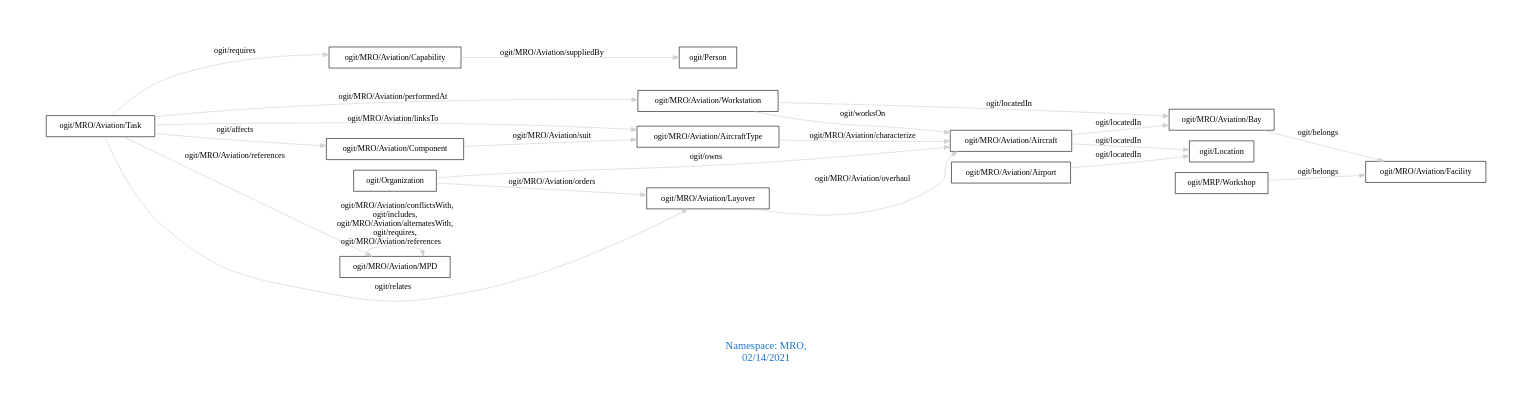
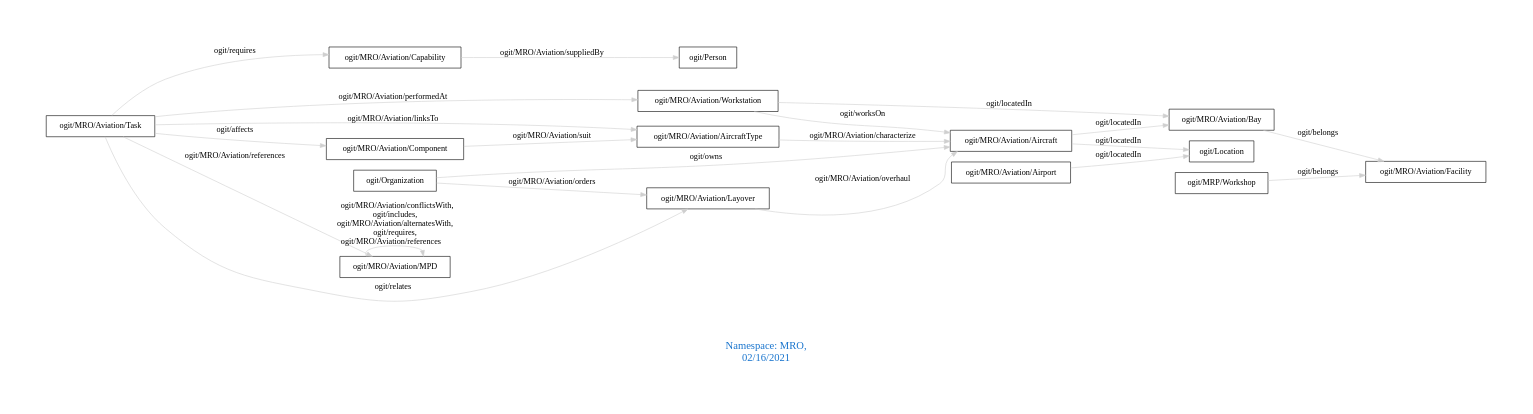
The diagram in downloads/MRO.dot (arago/OGIT), drawn with Graphviz before and after one commit. The commit also changed 1855 other files, not shown here.

```diff
--- a/downloads/MRO.dot
+++ b/downloads/MRO.dot
@@ -1,28 +1,28 @@
 digraph OGIT_ontology {
  graph [ rankdir= LR,pad=1 
 fontsize = 18,
-fontcolor= dodgerblue3,label = "\n\n\nNamespace: MRO, \n 02/14/2021"];
+fontcolor= dodgerblue3,label = "\n\n\nNamespace: MRO, \n 02/16/2021"];
 node[shape=polygon];
 edge [  color="gray81"];
 
    "ogit/MRO/Aviation/Capability" -> "ogit/Person" [label="   ogit/MRO/Aviation/suppliedBy    "];
    "ogit/MRO/Aviation/Workstation" -> "ogit/MRO/Aviation/Aircraft" [label="   ogit/worksOn    "];
    "ogit/MRO/Aviation/Task" -> "ogit/MRO/Aviation/AircraftType" [label="   ogit/MRO/Aviation/linksTo    "];
    "ogit/MRO/Aviation/Layover" -> "ogit/MRO/Aviation/Aircraft" [label="   ogit/MRO/Aviation/overhaul    "];
    "ogit/MRO/Aviation/Aircraft" -> "ogit/Location" [label="   ogit/locatedIn    "];
    "ogit/MRO/Aviation/Aircraft" -> "ogit/MRO/Aviation/Bay" [label="   ogit/locatedIn    "];
    "ogit/MRO/Aviation/Airport" -> "ogit/Location" [label="   ogit/locatedIn    "];
    "ogit/MRO/Aviation/Workstation" -> "ogit/MRO/Aviation/Bay" [label="   ogit/locatedIn    "];
    "ogit/MRO/Aviation/Task" -> "ogit/MRO/Aviation/Component" [label="   ogit/affects    "];
    "ogit/MRO/Aviation/AircraftType" -> "ogit/MRO/Aviation/Aircraft" [label="   ogit/MRO/Aviation/characterize    "];
    "ogit/MRO/Aviation/Task" -> "ogit/MRO/Aviation/Capability" [label="   ogit/requires    "];
    "ogit/Organization" -> "ogit/MRO/Aviation/Aircraft" [label="   ogit/owns    "];
    "ogit/MRO/Aviation/Task" -> "ogit/MRO/Aviation/Workstation" [label="   ogit/MRO/Aviation/performedAt    "];
    "ogit/MRO/Aviation/Bay" -> "ogit/MRO/Aviation/Facility" [label="   ogit/belongs    "];
    "ogit/MRP/Workshop" -> "ogit/MRO/Aviation/Facility" [label="   ogit/belongs    "];
    "ogit/MRO/Aviation/Task" -> "ogit/MRO/Aviation/MPD" [label="   ogit/MRO/Aviation/references    "];
    "ogit/MRO/Aviation/Component" -> "ogit/MRO/Aviation/AircraftType" [label="   ogit/MRO/Aviation/suit    "];
    "ogit/MRO/Aviation/Task" -> "ogit/MRO/Aviation/Layover" [label="   ogit/relates    "];
    "ogit/Organization" -> "ogit/MRO/Aviation/Layover" [label="   ogit/MRO/Aviation/orders    "];
    "ogit/MRO/Aviation/MPD" -> "ogit/MRO/Aviation/MPD" [label="   ogit/MRO/Aviation/conflictsWith, \n ogit/includes, \n ogit/MRO/Aviation/alternatesWith, \n ogit/requires, \n ogit/MRO/Aviation/references    "];
 }
```
